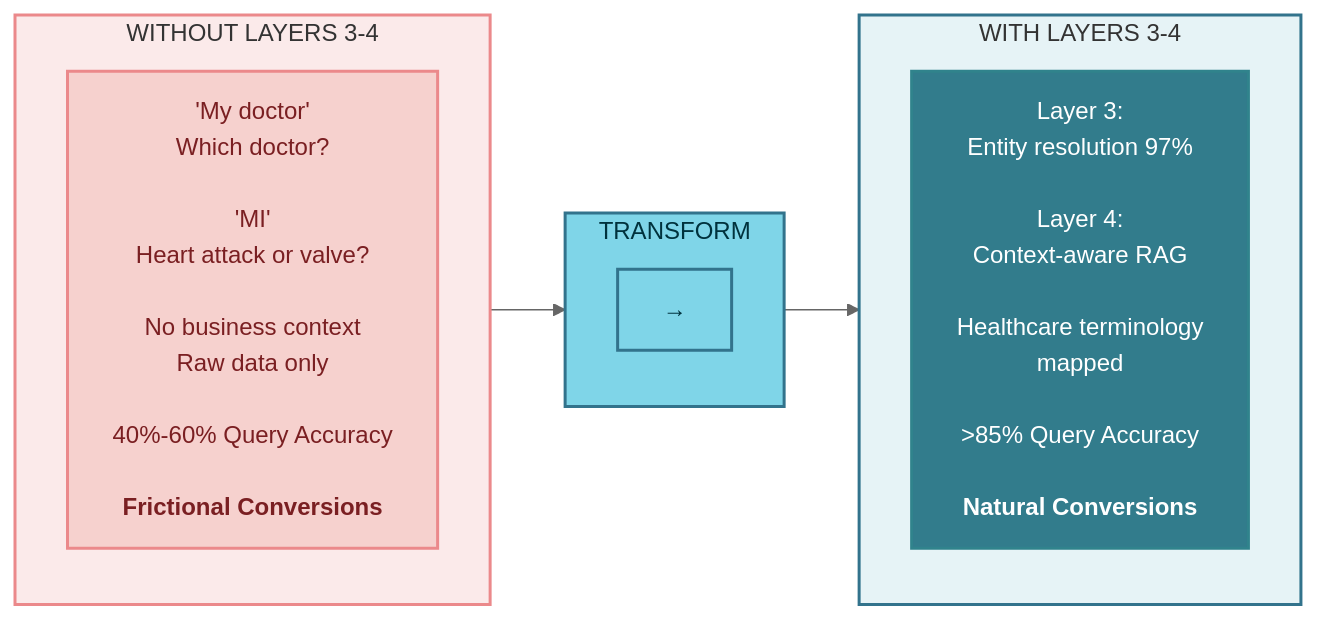
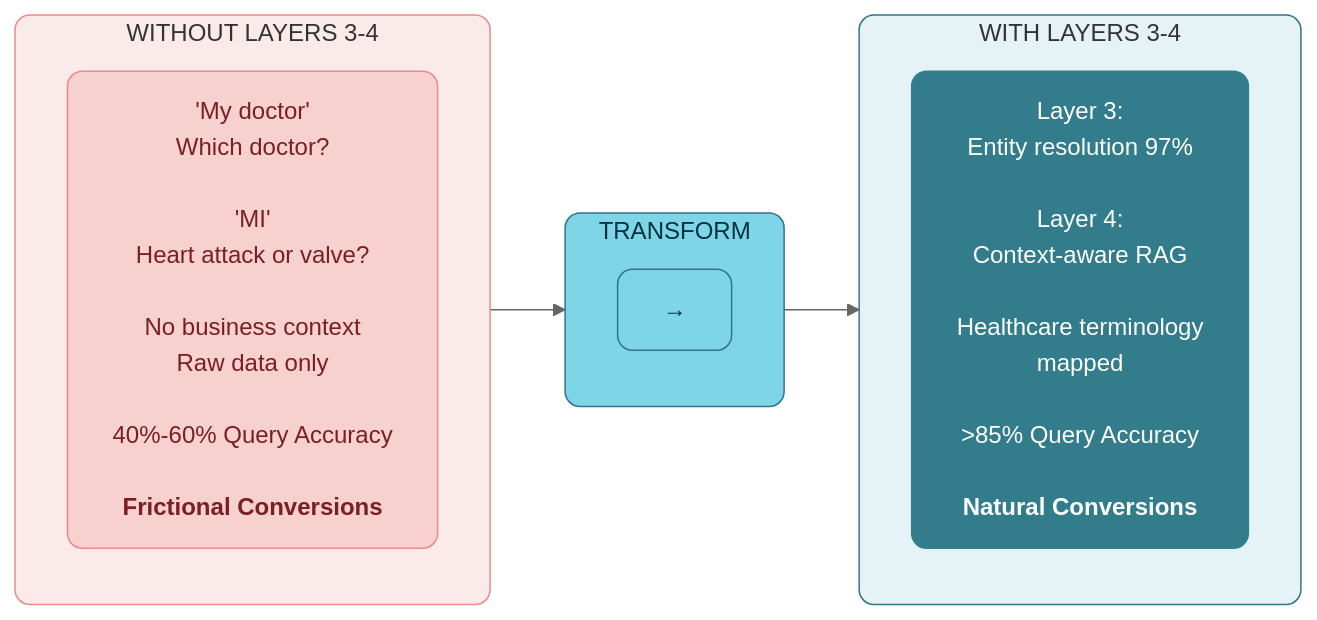
The first of 13 diagrams in manuscript/06_chapter_5_intelligence_layers.md (colaberry/trust-before-intelligence-book), drawn with Mermaid (neutral theme) before and after one commit. The commit also changed other lines of this file and 12 other files, not shown here.

````diff
--- a/manuscript/06_chapter_5_intelligence_layers.md
+++ b/manuscript/06_chapter_5_intelligence_layers.md
@@ -8,30 +8,30 @@
 ```mermaid
 
 graph LR
     subgraph WITHOUT["WITHOUT LAYERS 3-4"]
         direction TB
         W1["'My doctor'<br/>Which doctor?<br/><br/>'MI'<br/>Heart attack or valve?<br/><br/>No business context<br/>Raw data only<br/><br/>40%-60% Query Accuracy<br/><br/><b>Frictional Conversions</b>"]
     end
     
     subgraph TRANSFORM["TRANSFORM"]
         direction TB
         T1["→"]
     end
     
     subgraph WITH["WITH LAYERS 3-4"]
         direction TB
         L1["Layer 3:<br/>Entity resolution 97%<br/><br/>Layer 4:<br/>Context-aware RAG<br/><br/>Healthcare terminology<br/>mapped<br/><br/>>85% Query Accuracy<br/><br/><b>Natural Conversions</b>"]
     end
     
     WITHOUT --> TRANSFORM --> WITH
     
-    style WITHOUT fill:#FBEAEA,stroke:#EB898B,stroke-width:2px
-    style W1 fill:#F6D1CE,stroke:#EB898B,stroke-width:2px,color:#7A1F22
-    style TRANSFORM fill:#7FD5E8,stroke:#32738C,stroke-width:2px,color:#00323D
-    style T1 fill:#7FD5E8,stroke:#32738C,stroke-width:2px,color:#00323D
-    style WITH fill:#E6F3F6,stroke:#32738C,stroke-width:2px
-    style L1 fill:#327C8C,stroke:#30838C,stroke-width:2px,color:#ffffff
+    style WITHOUT fill:#FBEAEA,stroke:#EB898B,stroke-width:1px,rx:10,ry:10
+    style W1 fill:#F6D1CE,stroke:#EB898B,stroke-width:1px,color:#7A1F22,rx:10,ry:10
+    style TRANSFORM fill:#7FD5E8,stroke:#32738C,stroke-width:1px,color:#00323D,rx:10,ry:10
+    style T1 fill:#7FD5E8,stroke:#32738C,stroke-width:1px,color:#00323D,rx:10,ry:10
+    style WITH fill:#E6F3F6,stroke:#32738C,stroke-width:1px,rx:10,ry:10
+    style L1 fill:#327C8C,stroke:#30838C,stroke-width:1px,color:#ffffff,rx:10,ry:10
 
 
 
 ```
````
